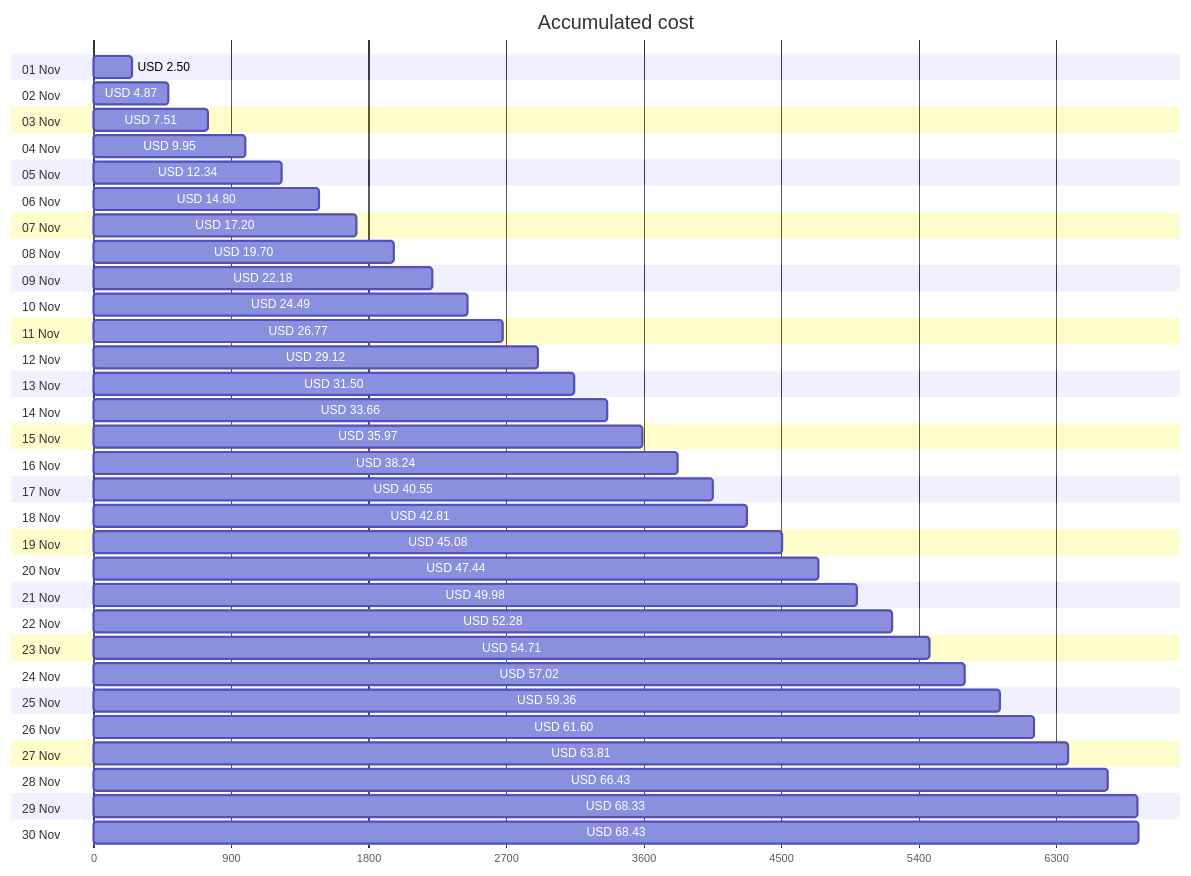
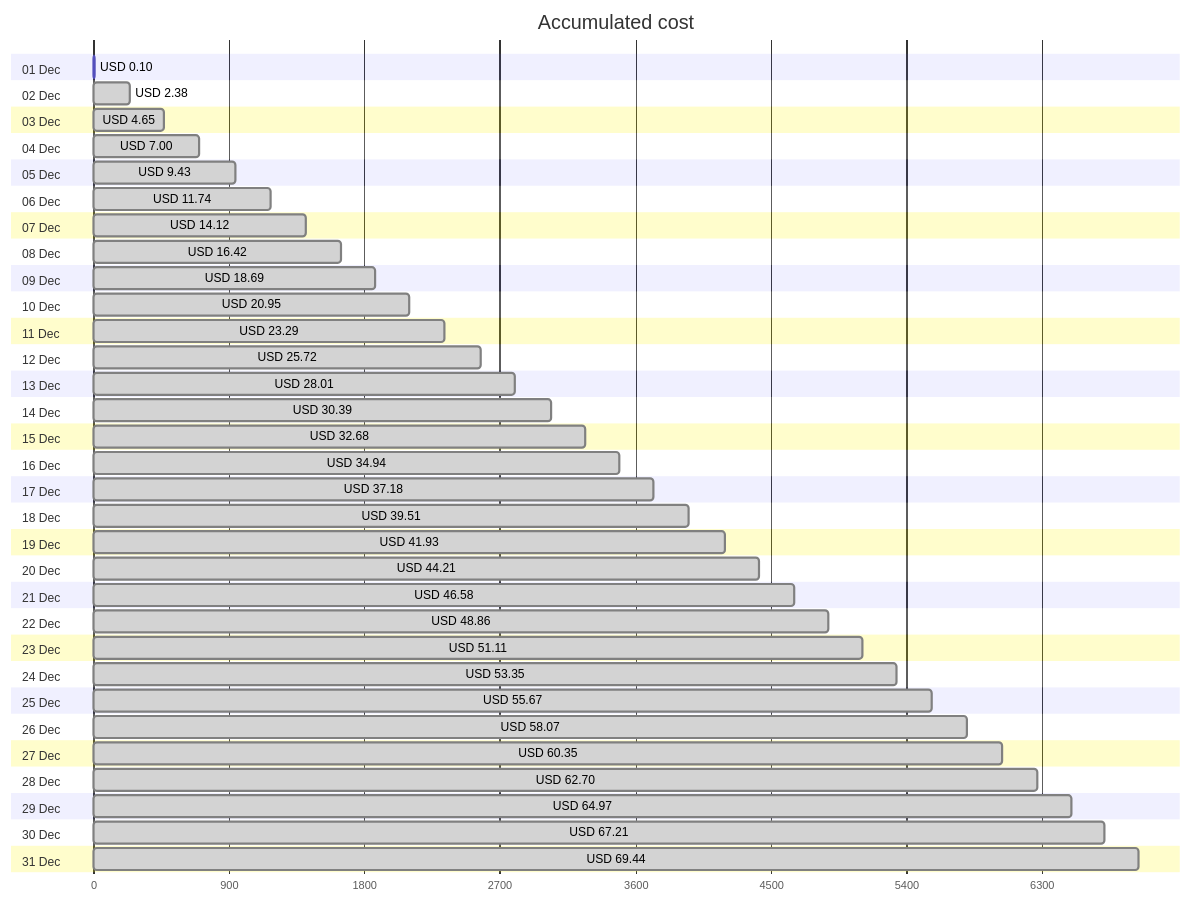
Before and after one commit to jpfulton/azure-personal-reports: the first of 4 diagrams in cost-reports/accumulated-cost.md, drawn with Mermaid. The commit also changed other lines of this file and 4 other files, not shown here.

````diff
--- a/cost-reports/accumulated-cost.md
+++ b/cost-reports/accumulated-cost.md
@@ -20,66 +20,68 @@
 ```mermaid
 gantt
    title Accumulated cost
    dateFormat  X
    axisFormat %s
-   section 01 Nov
-   USD 2.50 :0, 250
-   section 02 Nov
-   USD 4.87 :0, 487
-   section 03 Nov
-   USD 7.51 :0, 751
-   section 04 Nov
-   USD 9.95 :0, 995
-   section 05 Nov
-   USD 12.34 :0, 1234
-   section 06 Nov
-   USD 14.80 :0, 1480
-   section 07 Nov
-   USD 17.20 :0, 1720
-   section 08 Nov
-   USD 19.70 :0, 1970
-   section 09 Nov
-   USD 22.18 :0, 2218
-   section 10 Nov
-   USD 24.49 :0, 2449
-   section 11 Nov
-   USD 26.77 :0, 2677
-   section 12 Nov
-   USD 29.12 :0, 2912
-   section 13 Nov
-   USD 31.50 :0, 3150
-   section 14 Nov
-   USD 33.66 :0, 3366
-   section 15 Nov
-   USD 35.97 :0, 3597
-   section 16 Nov
-   USD 38.24 :0, 3824
-   section 17 Nov
-   USD 40.55 :0, 4055
-   section 18 Nov
-   USD 42.81 :0, 4281
-   section 19 Nov
-   USD 45.08 :0, 4508
-   section 20 Nov
-   USD 47.44 :0, 4744
-   section 21 Nov
-   USD 49.98 :0, 4998
-   section 22 Nov
-   USD 52.28 :0, 5228
-   section 23 Nov
-   USD 54.71 :0, 5471
-   section 24 Nov
-   USD 57.02 :0, 5702
-   section 25 Nov
-   USD 59.36 :0, 5936
-   section 26 Nov
-   USD 61.60 :0, 6160
-   section 27 Nov
-   USD 63.81 :0, 6381
-   section 28 Nov
-   USD 66.43 :0, 6643
-   section 29 Nov
-   USD 68.33 :0, 6833
-   section 30 Nov
-   USD 68.43 :0, 6843
+   section 01 Dec
+   USD 0.10 :0, 10
+   section 02 Dec
+   USD 2.38 : done, 0, 238
+   section 03 Dec
+   USD 4.65 : done, 0, 465
+   section 04 Dec
+   USD 7.00 : done, 0, 700
+   section 05 Dec
+   USD 9.43 : done, 0, 943
+   section 06 Dec
+   USD 11.74 : done, 0, 1174
+   section 07 Dec
+   USD 14.12 : done, 0, 1412
+   section 08 Dec
+   USD 16.42 : done, 0, 1642
+   section 09 Dec
+   USD 18.69 : done, 0, 1869
+   section 10 Dec
+   USD 20.95 : done, 0, 2095
+   section 11 Dec
+   USD 23.29 : done, 0, 2329
+   section 12 Dec
+   USD 25.72 : done, 0, 2572
+   section 13 Dec
+   USD 28.01 : done, 0, 2801
+   section 14 Dec
+   USD 30.39 : done, 0, 3039
+   section 15 Dec
+   USD 32.68 : done, 0, 3268
+   section 16 Dec
+   USD 34.94 : done, 0, 3494
+   section 17 Dec
+   USD 37.18 : done, 0, 3718
+   section 18 Dec
+   USD 39.51 : done, 0, 3951
+   section 19 Dec
+   USD 41.93 : done, 0, 4193
+   section 20 Dec
+   USD 44.21 : done, 0, 4421
+   section 21 Dec
+   USD 46.58 : done, 0, 4658
+   section 22 Dec
+   USD 48.86 : done, 0, 4886
+   section 23 Dec
+   USD 51.11 : done, 0, 5111
+   section 24 Dec
+   USD 53.35 : done, 0, 5335
+   section 25 Dec
+   USD 55.67 : done, 0, 5567
+   section 26 Dec
+   USD 58.07 : done, 0, 5807
+   section 27 Dec
+   USD 60.35 : done, 0, 6035
+   section 28 Dec
+   USD 62.70 : done, 0, 6270
+   section 29 Dec
+   USD 64.97 : done, 0, 6497
+   section 30 Dec
+   USD 67.21 : done, 0, 6721
+   section 31 Dec
+   USD 69.44 : done, 0, 6944
 ```
````
